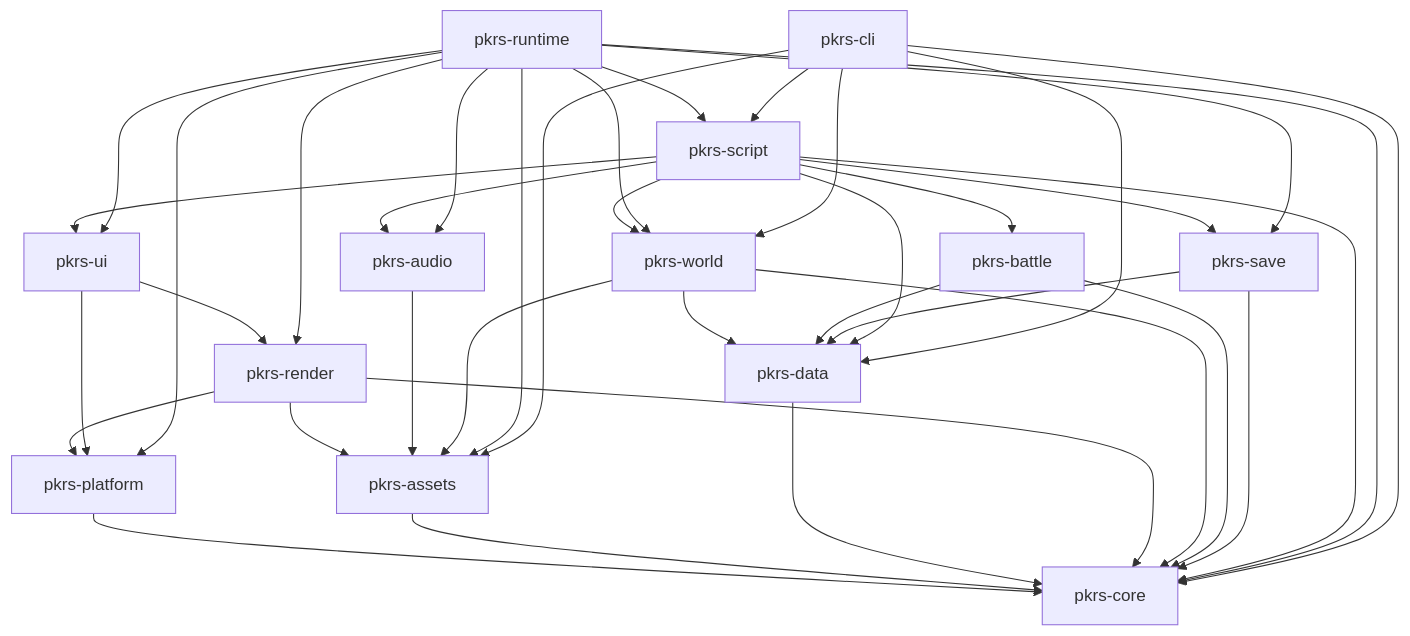
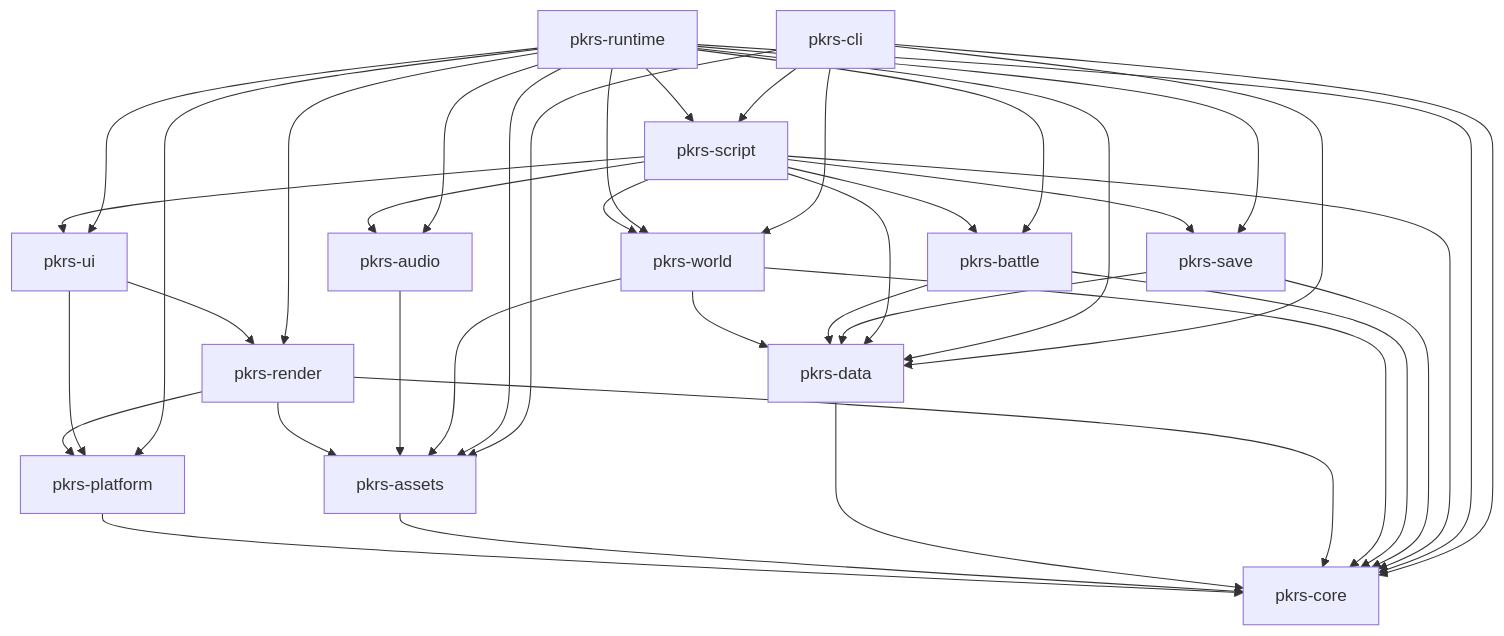
One commit to umbertocicciaa/pkrs changed the third of 5 diagrams in docs/design.md. Above: the diagram before and after it, drawn with Mermaid. The commit also changed other lines of this file and 33 other files, not shown here.

````diff
--- a/docs/design.md
+++ b/docs/design.md
@@ -361,16 +361,16 @@
 ```mermaid
 flowchart TD
   core[pkrs-core]
   platform[pkrs-platform] --> core
   assets[pkrs-assets] --> core
   data[pkrs-data] --> core
   render[pkrs-render] --> core & platform & assets
   audio[pkrs-audio] --> assets
   world[pkrs-world] --> core & data & assets
   battle[pkrs-battle] --> core & data
   save[pkrs-save] --> core & data
   ui[pkrs-ui] --> render & platform
   script[pkrs-script] --> core & world & battle & data & save & ui & audio
-  runtime[pkrs-runtime] --> core & assets & script & render & audio & ui & save & world & platform
+  runtime[pkrs-runtime] --> core & assets & script & render & audio & ui & save & world & platform & battle & data
   cli[pkrs-cli] --> core & data & assets & world & script
 ```
````
